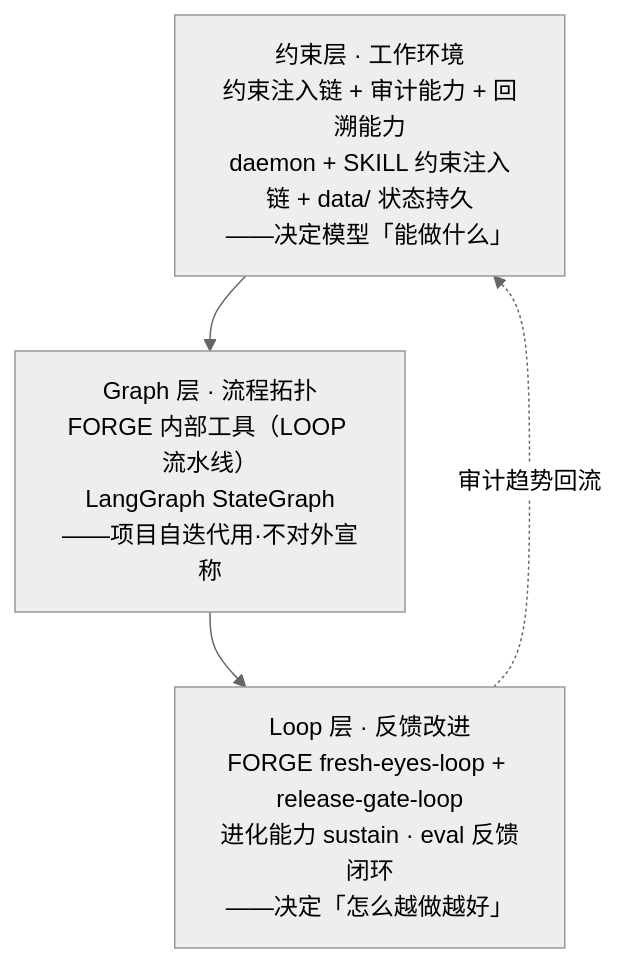
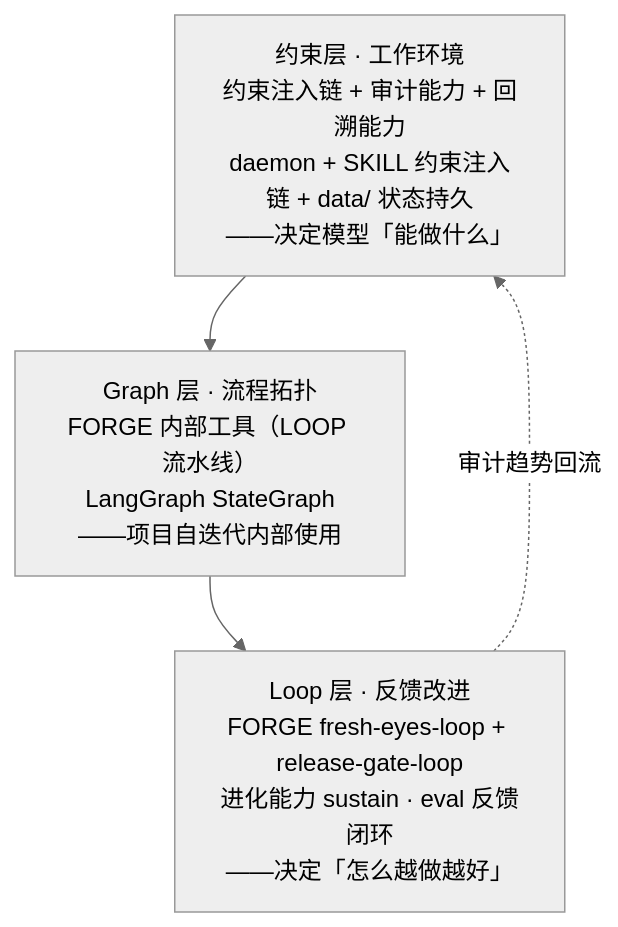
Before and after one commit to KongFangXun/sofagent: the third of 10 diagrams in docs/ARCHITECTURE.md, drawn with Mermaid (neutral theme). The commit also changed other lines of this file and 12 other files, not shown here.

````diff
--- a/docs/ARCHITECTURE.md
+++ b/docs/ARCHITECTURE.md
@@ -56,7 +56,7 @@
 ```mermaid
 graph TD
     H[约束层 · 工作环境<br/>约束注入链 + 审计能力 + 回溯能力<br/>daemon + SKILL 约束注入链 + data/ 状态持久<br/>——决定模型「能做什么」]
-    H --> G[Graph 层 · 流程拓扑<br/>FORGE 内部工具（LOOP 流水线）<br/>LangGraph StateGraph<br/>——项目自迭代用·不对外宣称]
+    H --> G[Graph 层 · 流程拓扑<br/>FORGE 内部工具（LOOP 流水线）<br/>LangGraph StateGraph<br/>——项目自迭代内部使用]
     G --> L[Loop 层 · 反馈改进<br/>FORGE fresh-eyes-loop + release-gate-loop<br/>进化能力 sustain · eval 反馈闭环<br/>——决定「怎么越做越好」]
     L -.->|审计趋势回流| H
 ```
````
